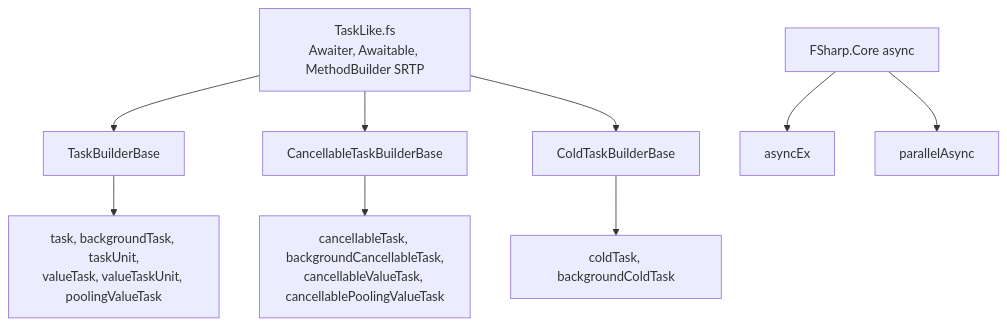
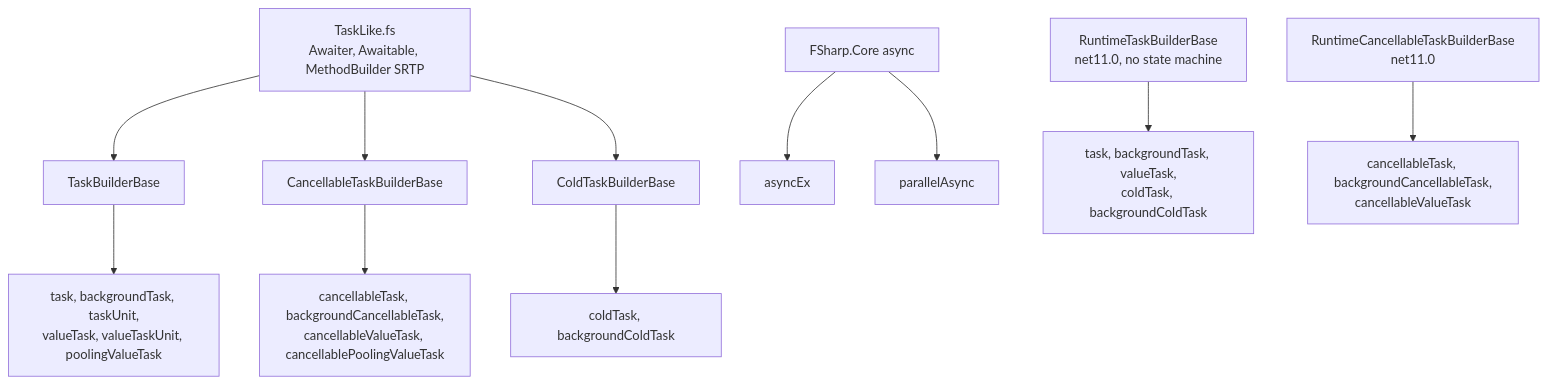
One commit to TheAngryByrd/IcedTasks changed the diagram in lode/builders/summary.md. Above: the diagram before and after it, drawn with Mermaid. The commit also changed other lines of this file and 43 other files, not shown here.

First line of the commit message:
Add runtime-async task, cold, and cancellable builders for F# 11 (#62)

````diff
--- a/lode/builders/summary.md
+++ b/lode/builders/summary.md
@@ -25,11 +27,13 @@
 ```mermaid
 flowchart TD
     TaskLike["TaskLike.fs<br/>Awaiter, Awaitable, MethodBuilder SRTP"] --> TBB["TaskBuilderBase"]
     TaskLike --> CTBB["CancellableTaskBuilderBase"]
     TaskLike --> CTB["ColdTaskBuilderBase"]
     TBB --> hot["task, backgroundTask, taskUnit,<br/>valueTask, valueTaskUnit, poolingValueTask"]
     CTBB --> canc["cancellableTask, backgroundCancellableTask,<br/>cancellableValueTask, cancellablePoolingValueTask"]
     CTB --> cold["coldTask, backgroundColdTask"]
     asyncB["FSharp.Core async"] --> ax["asyncEx"]
     asyncB --> pa["parallelAsync"]
+    rt["RuntimeTaskBuilderBase<br/>net11.0, no state machine"] --> rtb["task, backgroundTask, valueTask,<br/>coldTask, backgroundColdTask"]
+    rct["RuntimeCancellableTaskBuilderBase<br/>net11.0"] --> rctb["cancellableTask, backgroundCancellableTask,<br/>cancellableValueTask"]
 ```
````
